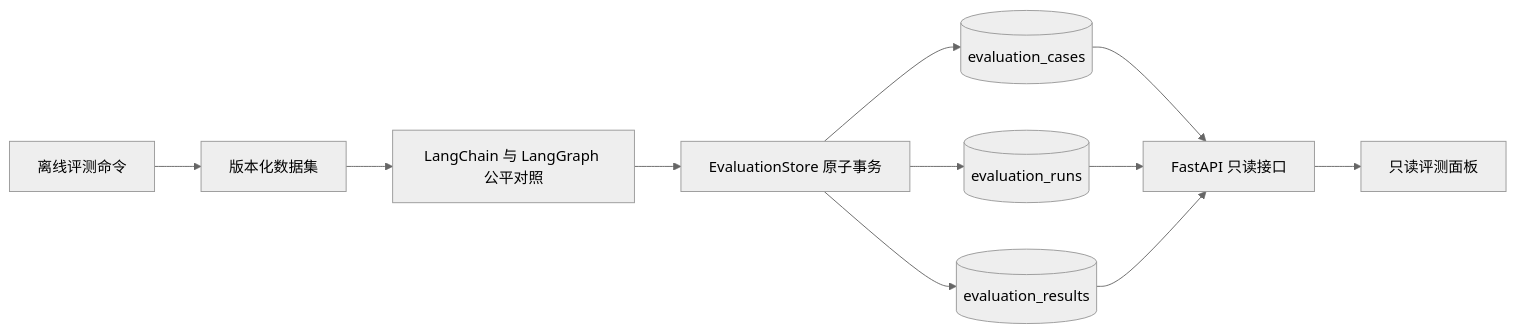
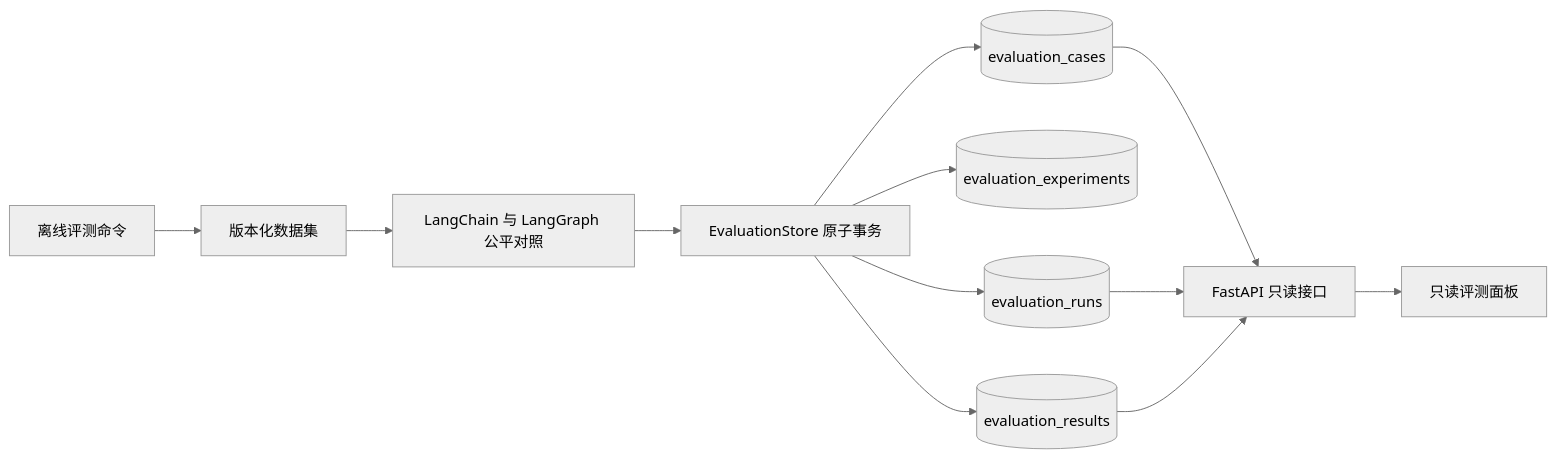
One commit to kill-t/ops-swarm changed the first of 2 diagrams in docs/architecture/23-evaluation-persistence-and-query.md. Above: the diagram before and after it, drawn with Mermaid (neutral theme). The commit also changed other lines of this file and 27 other files, not shown here.

````diff
--- a/docs/architecture/23-evaluation-persistence-and-query.md
+++ b/docs/architecture/23-evaluation-persistence-and-query.md
@@ -11,23 +11,25 @@
 ```mermaid
 flowchart LR
     command[离线评测命令]
     dataset[版本化数据集]
     runner[LangChain 与 LangGraph 公平对照]
     store[EvaluationStore 原子事务]
     cases[(evaluation_cases)]
+    experiments[(evaluation_experiments)]
     runs[(evaluation_runs)]
     results[(evaluation_results)]
     api[FastAPI 只读接口]
     panel[只读评测面板]
 
     command --> dataset
     dataset --> runner
     runner --> store
     store --> cases
+    store --> experiments
     store --> runs
     store --> results
     cases --> api
     runs --> api
     results --> api
     api --> panel
 ```
````
